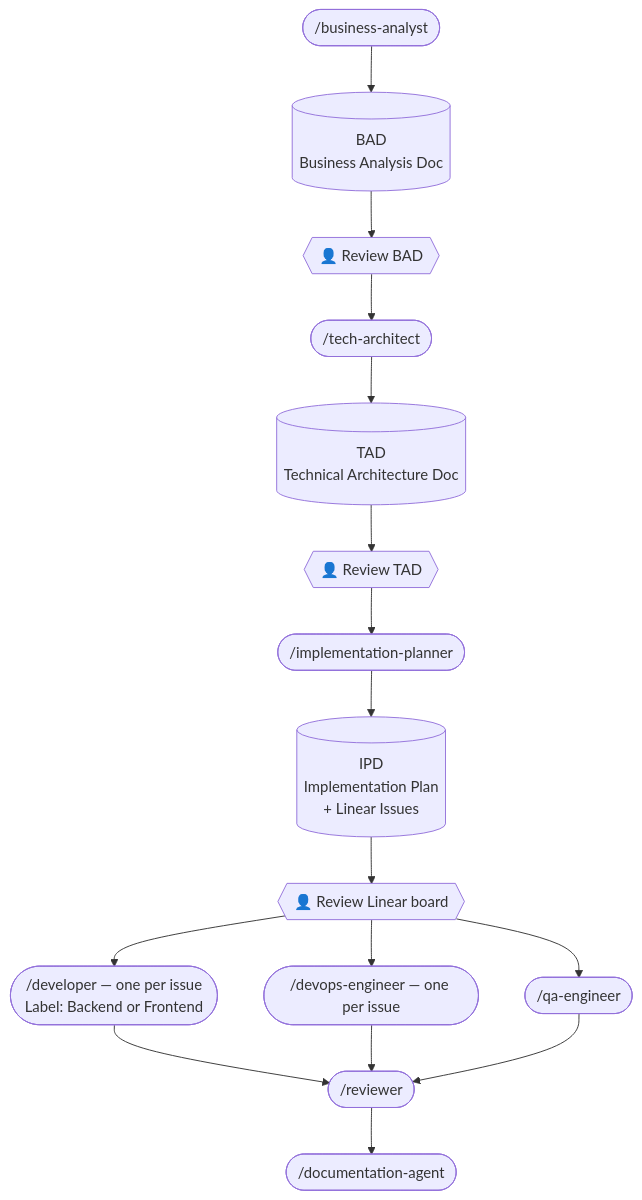
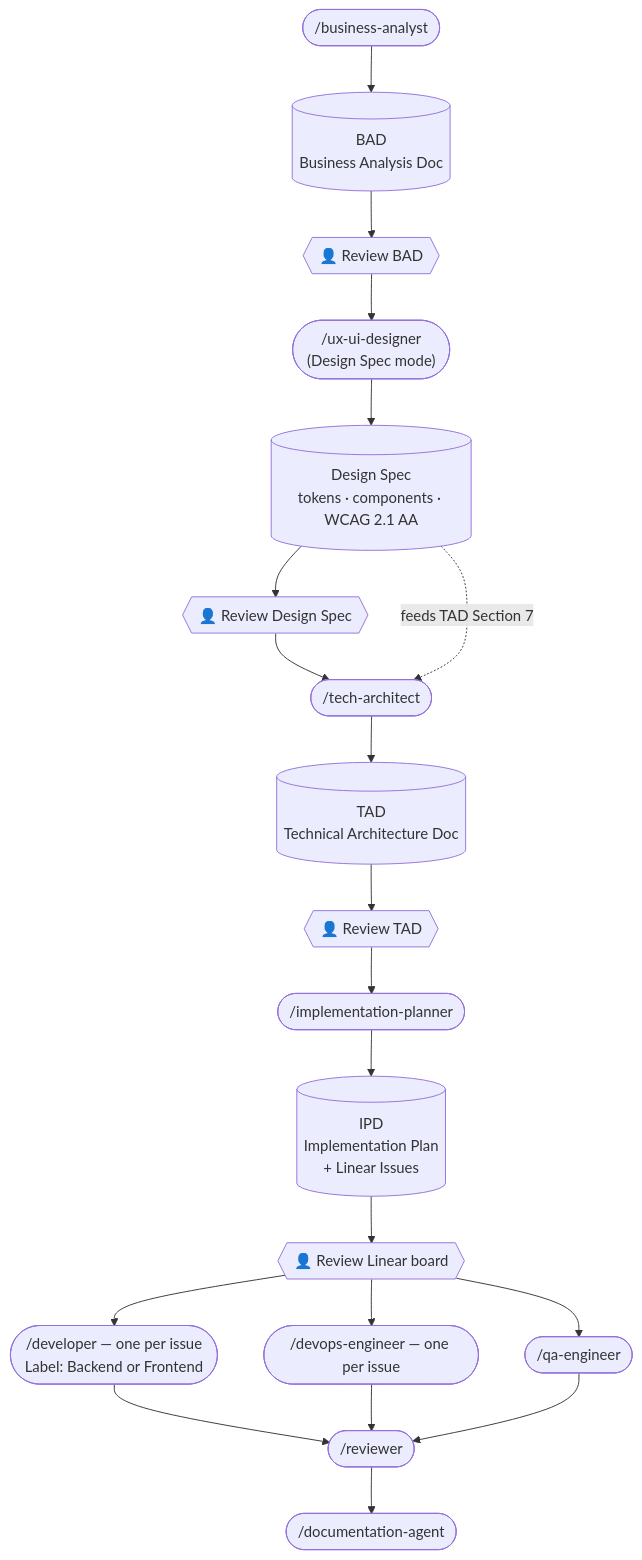
Before and after one commit to FCabiddu/pocket-it: the first of 2 diagrams in README.md, drawn with Mermaid. The commit also changed other lines of this file and 7 other files, not shown here.

````diff
--- a/README.md
+++ b/README.md
@@ -9,18 +9,22 @@
 ```mermaid
 flowchart TD
     A(["/business-analyst"]) --> B[("BAD\nBusiness Analysis Doc")]
     B --> BC{{"👤 Review BAD"}}
-    BC --> C(["/tech-architect"])
+    BC --> UX(["/ux-ui-designer\n(Design Spec mode)"])
+    UX --> UXD[("Design Spec\ntokens · components · WCAG 2.1 AA")]
+    UXD --> UXC{{"👤 Review Design Spec"}}
+    UXC --> C(["/tech-architect"])
+    UXD -. feeds TAD Section 7 .-> C
     C --> D[("TAD\nTechnical Architecture Doc")]
     D --> DC{{"👤 Review TAD"}}
     DC --> E(["/implementation-planner"])
     E --> F[("IPD\nImplementation Plan\n+ Linear Issues")]
     F --> G{{"👤 Review Linear board"}}
     G --> H(["/developer — one per issue\nLabel: Backend or Frontend"])
     G --> I(["/devops-engineer — one per issue"])
     G --> J(["/qa-engineer"])
     H --> K(["/reviewer"])
     I --> K
     J --> K
     K --> L(["/documentation-agent"])
 ```
````
